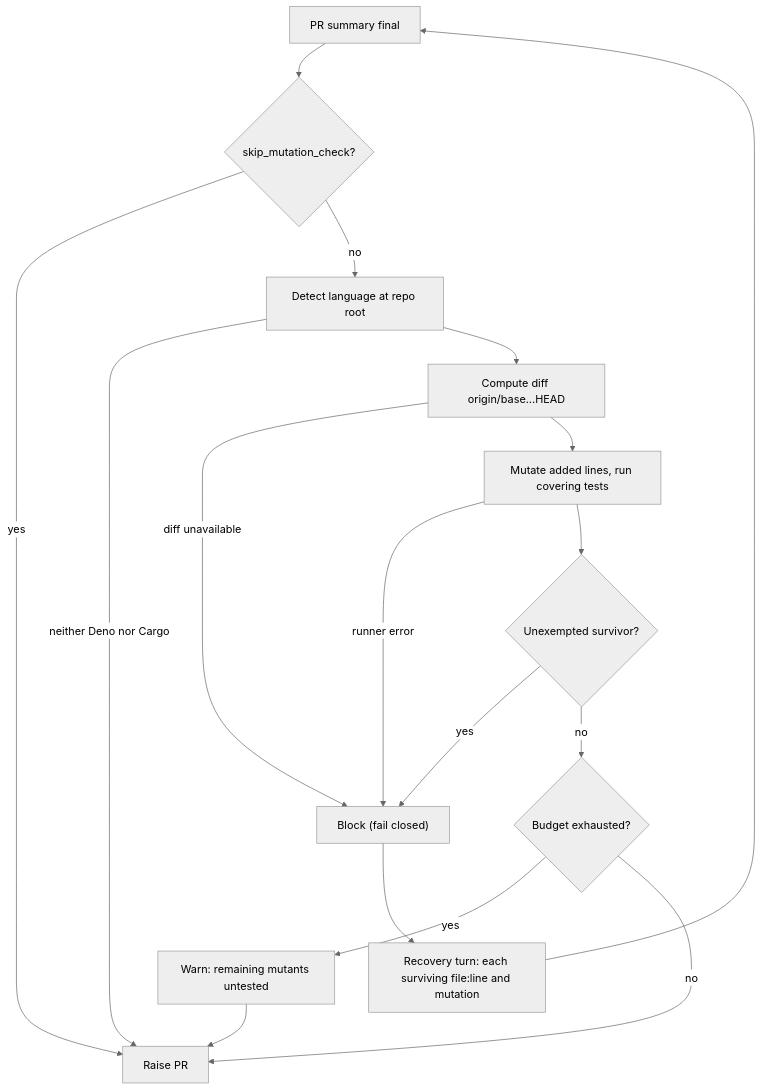
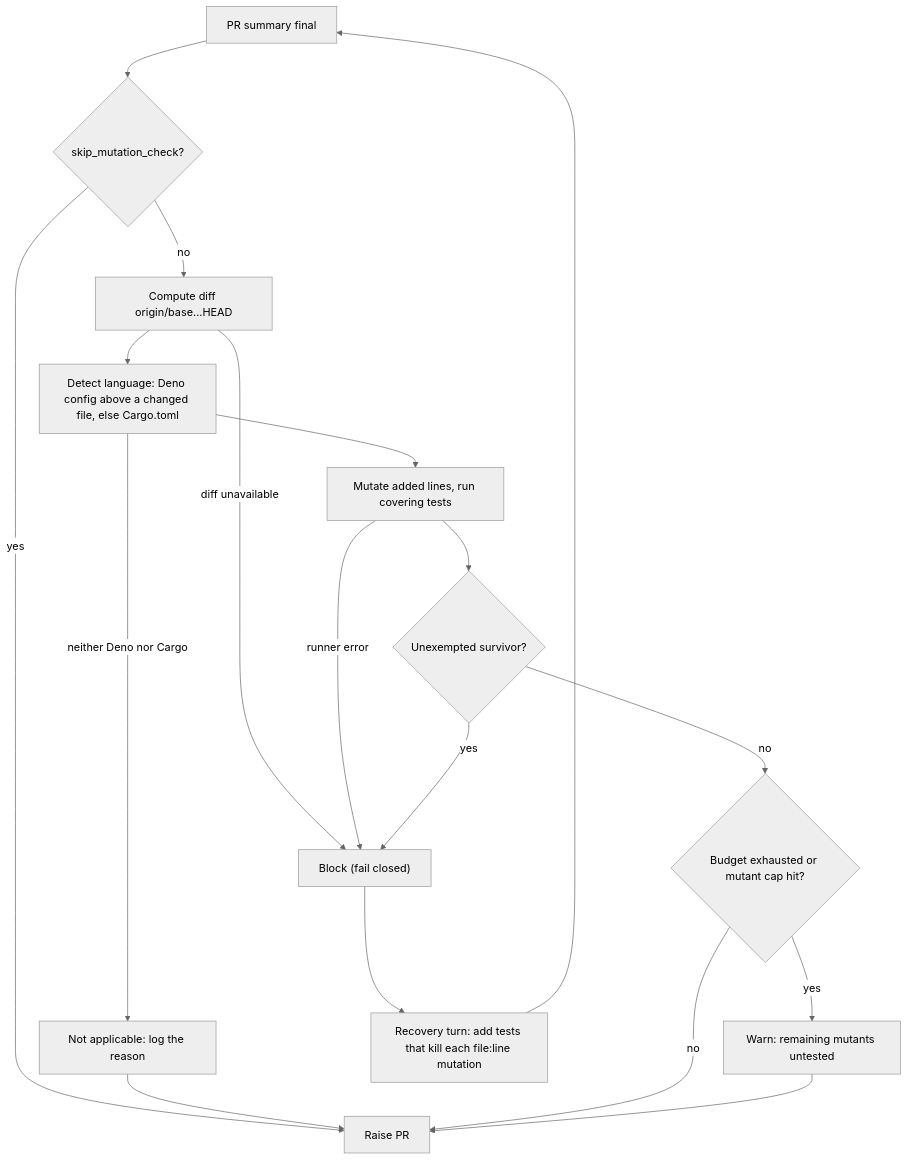
Before and after one commit to stSoftwareAU/VibeCoder: the diagram in docs/mutation-check.md, drawn with Mermaid (neutral theme). The commit also changed other lines of this file and 9 other files, not shown here.

First line of the commit message:
PR #3533 review: harden the diff-scoped mutation gate (#3393)

````diff
--- a/docs/mutation-check.md
+++ b/docs/mutation-check.md
@@ -23,19 +23,20 @@
 ```mermaid
 flowchart TD
     A["PR summary final"] --> B{"skip_mutation_check?"}
     B -- yes --> Z["Raise PR"]
-    B -- no --> C["Detect language at repo root"]
-    C -- "neither Deno nor Cargo" --> Z
-    C --> D["Compute diff origin/base...HEAD"]
+    B -- no --> D["Compute diff origin/base...HEAD"]
     D -- "diff unavailable" --> X["Block (fail closed)"]
-    D --> E["Mutate added lines, run covering tests"]
+    D --> C["Detect language: Deno config above a changed file, else Cargo.toml"]
+    C -- "neither Deno nor Cargo" --> N["Not applicable: log the reason"]
+    N --> Z
+    C --> E["Mutate added lines, run covering tests"]
     E -- "runner error" --> X
     E --> F{"Unexempted survivor?"}
     F -- yes --> X
-    F -- no --> G{"Budget exhausted?"}
+    F -- no --> G{"Budget exhausted or mutant cap hit?"}
     G -- yes --> W["Warn: remaining mutants untested"]
     G -- no --> Z
     W --> Z
-    X --> R["Recovery turn: each surviving file:line and mutation"]
+    X --> R["Recovery turn: add tests that kill each file:line mutation"]
     R --> A
 ```
````
